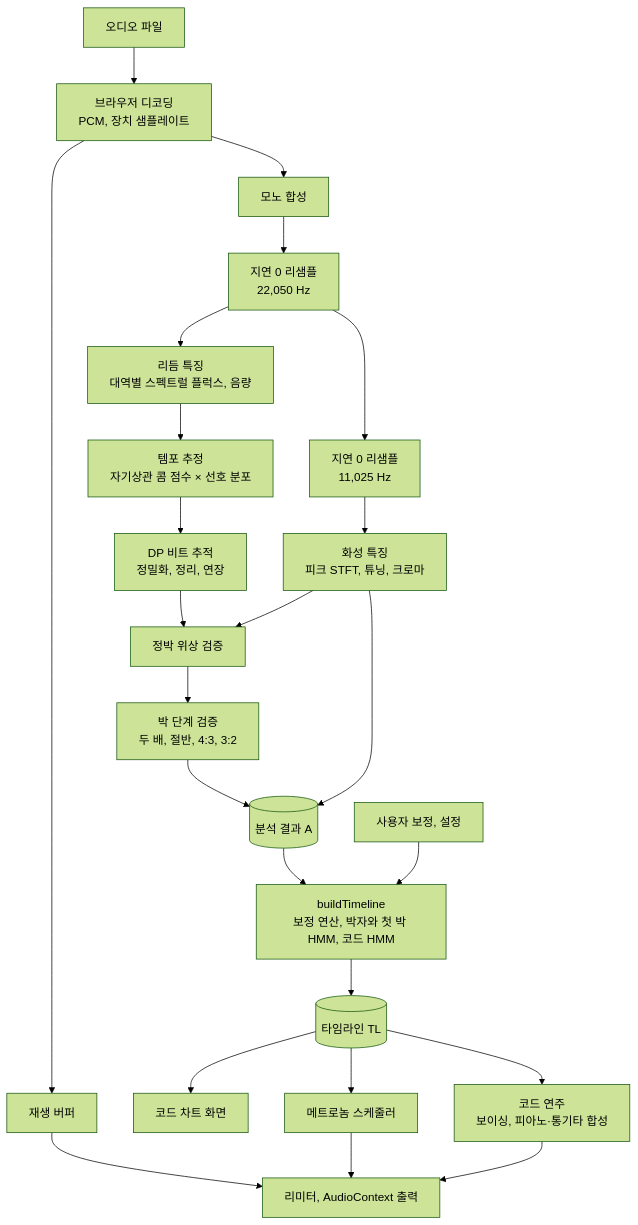
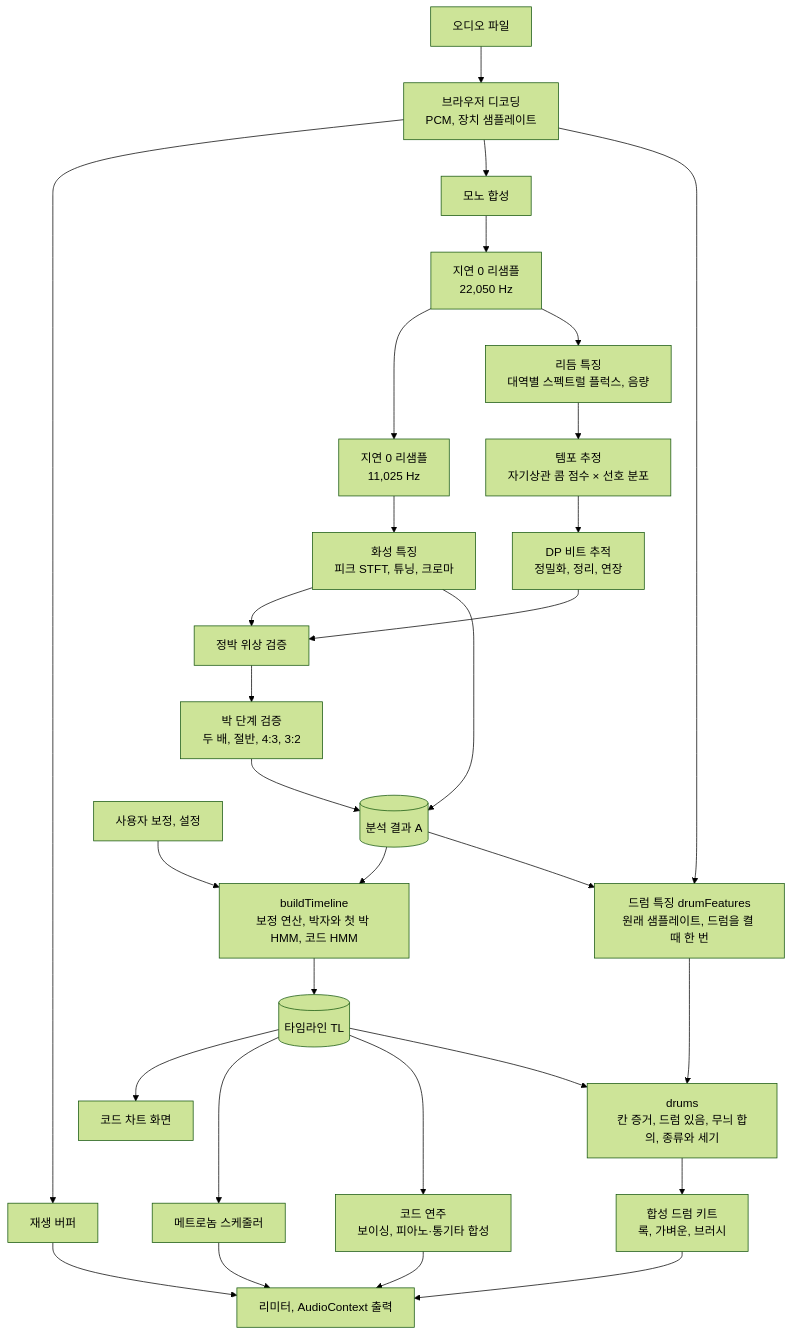
One commit to Velvitty/Chordity changed the first of 3 diagrams in README.md. Above: the diagram before and after it, drawn with Mermaid (forest theme). The commit also changed other lines of this file and 7 other files, not shown here.

````diff
--- a/README.md
+++ b/README.md
@@ -330,26 +334,32 @@
 ```mermaid
 flowchart TD
   F["오디오 파일"] --> D["브라우저 디코딩<br/>PCM, 장치 샘플레이트"]
   D --> PB["재생 버퍼"]
   D --> MO["모노 합성"]
   MO --> R22["지연 0 리샘플<br/>22,050 Hz"]
   R22 --> R11["지연 0 리샘플<br/>11,025 Hz"]
   R22 --> RF["리듬 특징<br/>대역별 스펙트럴 플럭스, 음량"]
   R11 --> HF["화성 특징<br/>피크 STFT, 튜닝, 크로마"]
   RF --> TP["템포 추정<br/>자기상관 콤 점수 × 선호 분포"]
   TP --> DP["DP 비트 추적<br/>정밀화, 정리, 연장"]
   DP --> PC["정박 위상 검증"]
   HF --> PC
   PC --> LC["박 단계 검증<br/>두 배, 절반, 4:3, 3:2"]
   LC --> A[("분석 결과 A")]
   HF --> A
   A --> BT["buildTimeline<br/>보정 연산, 박자와 첫 박 HMM, 코드 HMM"]
   U["사용자 보정, 설정"] --> BT
   BT --> TL[("타임라인 TL")]
   TL --> CH["코드 차트 화면"]
   TL --> SC["메트로놈 스케줄러"]
   TL --> PS["코드 연주<br/>보이싱, 피아노·통기타 합성"]
   PB --> OUT["리미터, AudioContext 출력"]
   SC --> OUT
   PS --> OUT
+  D --> DF["드럼 특징 drumFeatures<br/>원래 샘플레이트, 드럼을 켤 때 한 번"]
+  A --> DF
+  DF --> DR["drums<br/>칸 증거, 드럼 있음, 무늬 합의, 종류와 세기"]
+  TL --> DR
+  DR --> DK["합성 드럼 키트<br/>록, 가벼운, 브러시"]
+  DK --> OUT
 ```
````
